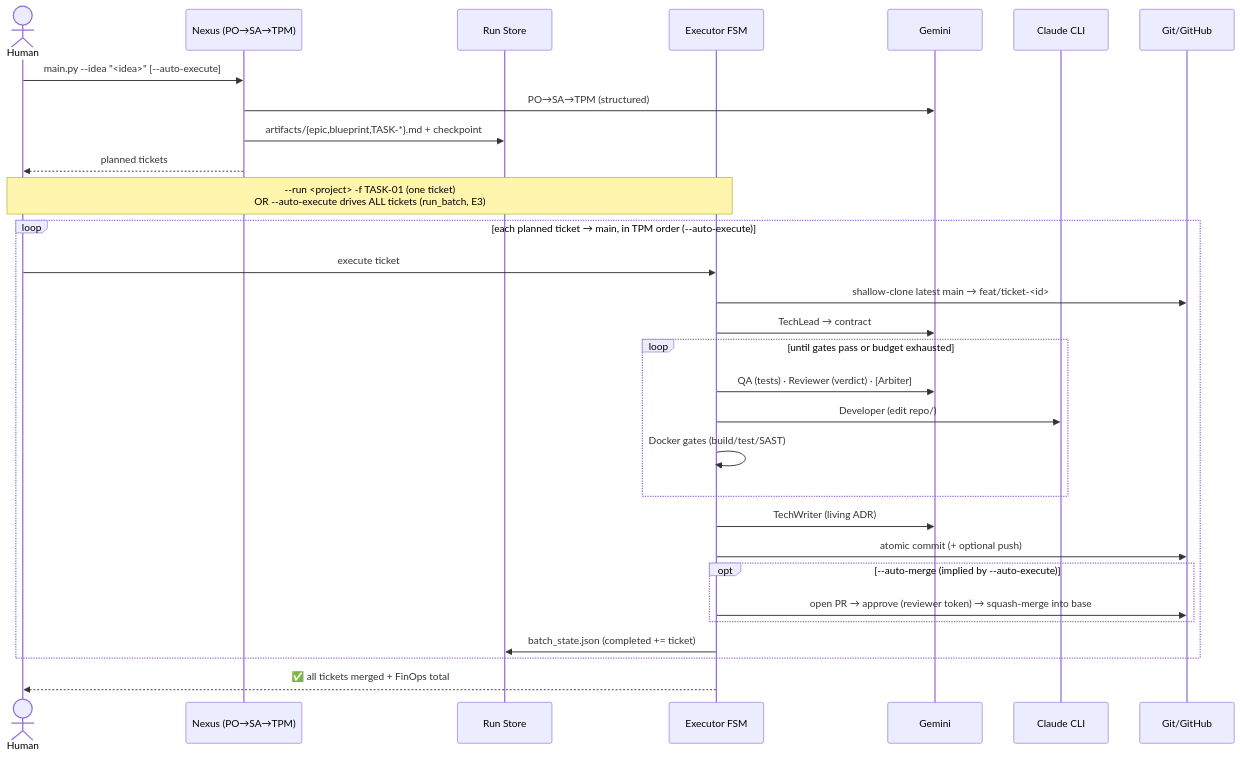
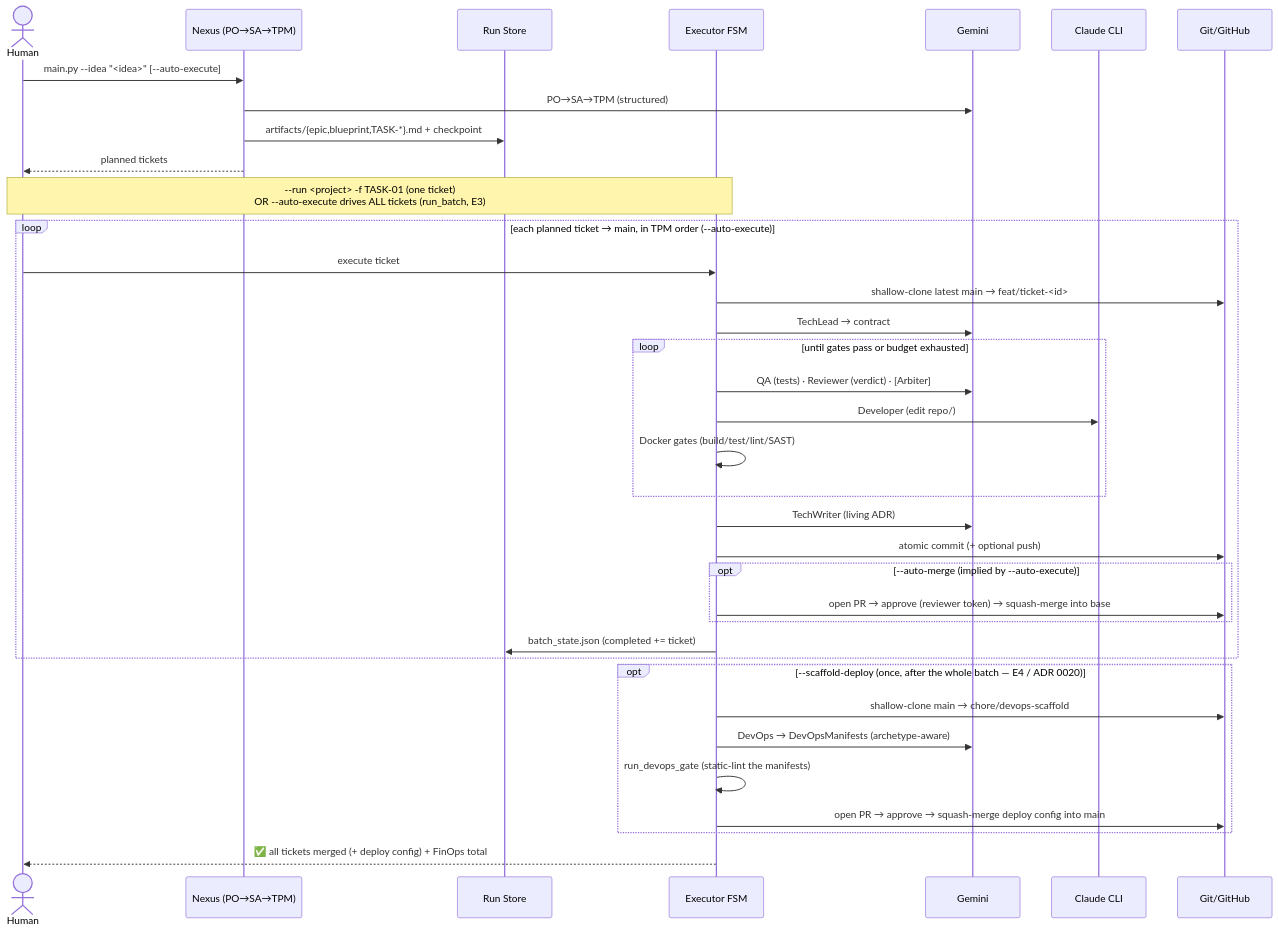
Before and after one commit to Cyberthon-2026-Token-Burners/token-burners-factory: the fourth of 4 diagrams in docs/ARCHITECTURE.md, drawn with Mermaid. The commit also changed other lines of this file and 19 other files, not shown here.

First line of the commit message:
docs: release iteration 20 (E4 deploy-scaffolding + lint gate, ADR 0020) + governance rules

````diff
--- a/docs/ARCHITECTURE.md
+++ b/docs/ARCHITECTURE.md
@@ -210,34 +214,40 @@
 ```mermaid
 sequenceDiagram
     actor H as Human
     participant N as Nexus (PO→SA→TPM)
     participant FS as Run Store
     participant X as Executor FSM
     participant G as Gemini
     participant C as Claude CLI
     participant R as Git/GitHub
 
     H->>N: main.py --idea "<idea>" [--auto-execute]
     N->>G: PO→SA→TPM (structured)
     N->>FS: artifacts/{epic,blueprint,TASK-*}.md + checkpoint
     N-->>H: planned tickets
 
     Note over H,X: --run <project> -f TASK-01 (one ticket)<br/>OR --auto-execute drives ALL tickets (run_batch, E3)
     loop each planned ticket → main, in TPM order (--auto-execute)
         H->>X: execute ticket
         X->>R: shallow-clone latest main → feat/ticket-<id>
         X->>G: TechLead → contract
         loop until gates pass or budget exhausted
             X->>G: QA (tests) · Reviewer (verdict) · [Arbiter]
             X->>C: Developer (edit repo/)
-            X->>X: Docker gates (build/test/SAST)
+            X->>X: Docker gates (build/test/lint/SAST)
         end
         X->>G: TechWriter (living ADR)
         X->>R: atomic commit (+ optional push)
         opt --auto-merge (implied by --auto-execute)
             X->>R: open PR → approve (reviewer token) → squash-merge into base
         end
         X->>FS: batch_state.json (completed += ticket)
     end
-    X-->>H: ✅ all tickets merged + FinOps total
+    opt --scaffold-deploy (once, after the whole batch — E4 / ADR 0020)
+        X->>R: shallow-clone main → chore/devops-scaffold
+        X->>G: DevOps → DevOpsManifests (archetype-aware)
+        X->>X: run_devops_gate (static-lint the manifests)
+        X->>R: open PR → approve → squash-merge deploy config into main
+    end
+    X-->>H: ✅ all tickets merged (+ deploy config) + FinOps total
 ```
````
